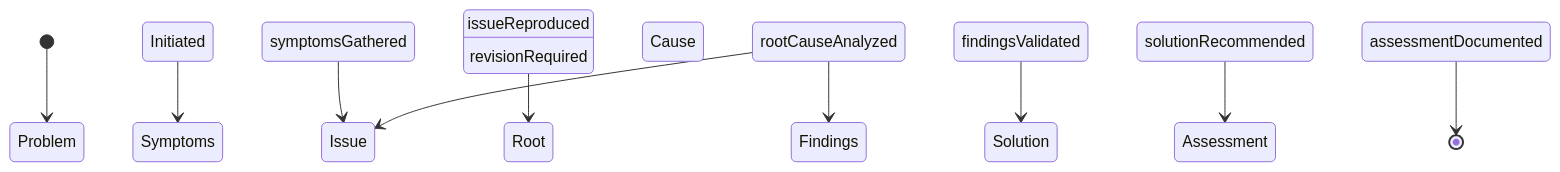
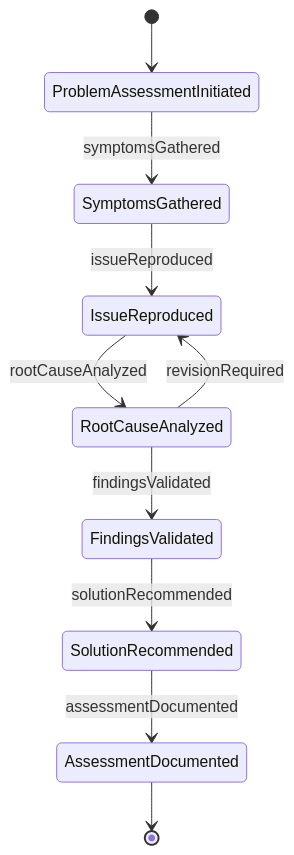
The second of 4 diagrams in CommunicatingWithSupervisorsPeersOrSubordinates/ConferWithClientsToDetermineNeedsOrOrderSpecifications/ConferCustomersUsersAssessProblems.mdx (dot-org-ai/tasks.org.ai), drawn with Mermaid before and after one commit. The commit also changed other lines of this file and 515 other files, not shown here.

````diff
--- a/CommunicatingWithSupervisorsPeersOrSubordinates/ConferWithClientsToDetermineNeedsOrOrderSpecifications/ConferCustomersUsersAssessProblems.mdx
+++ b/CommunicatingWithSupervisorsPeersOrSubordinates/ConferWithClientsToDetermineNeedsOrOrderSpecifications/ConferCustomersUsersAssessProblems.mdx
@@ -100,12 +100,12 @@
 ```mermaid
 stateDiagram-v2
-    [*] --> Problem Assessment Initiated
-    Problem Assessment Initiated --> Symptoms Gathered : symptomsGathered
-    Symptoms Gathered --> Issue Reproduced : issueReproduced
-    Issue Reproduced --> Root Cause Analyzed : rootCauseAnalyzed
-    Root Cause Analyzed --> Findings Validated : findingsValidated
-    Findings Validated --> Solution Recommended : solutionRecommended
-    Solution Recommended --> Assessment Documented : assessmentDocumented
-    Root Cause Analyzed --> Issue Reproduced : revisionRequired
-    Assessment Documented --> [*]
+    [*] --> ProblemAssessmentInitiated
+    ProblemAssessmentInitiated --> SymptomsGathered : symptomsGathered
+    SymptomsGathered --> IssueReproduced : issueReproduced
+    IssueReproduced --> RootCauseAnalyzed : rootCauseAnalyzed
+    RootCauseAnalyzed --> FindingsValidated : findingsValidated
+    FindingsValidated --> SolutionRecommended : solutionRecommended
+    SolutionRecommended --> AssessmentDocumented : assessmentDocumented
+    RootCauseAnalyzed --> IssueReproduced : revisionRequired
+    AssessmentDocumented --> [*]
 ```
````
